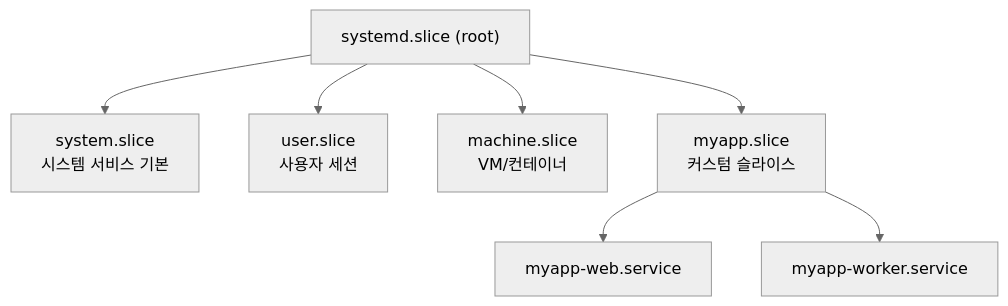
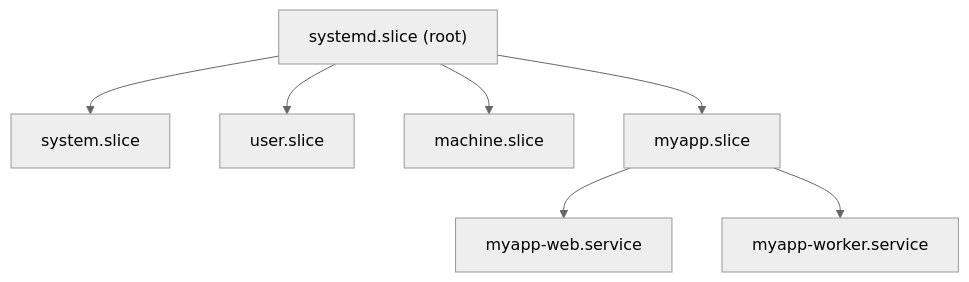
Before and after one commit to moonblueblue/devops-wiki: the second of 3 diagrams in content/linux/boot-init/systemd.md, drawn with Mermaid (neutral theme). The commit also changed 2 other files, not shown here.

Commit message:
style: 섹션2 부팅과 시스템 초기화 노드 레이블 간소화
- boot-process: Secure Boot 키 계층·부팅 타겟 \n 제거, 상세 설명 표 분리
- systemd: Slice 계층 노드 \n 제거
- kernel-parameters: TCP 큐·파일 디스크립터 \n 간소화,
  /sys 경로 12노드 다이어그램 → 표 전환

````diff
--- a/content/linux/boot-init/systemd.md
+++ b/content/linux/boot-init/systemd.md
@@ -244,10 +244,10 @@
 ```mermaid
 graph TD
     ROOT["systemd.slice (root)"]
-    ROOT --> SYS["system.slice\n시스템 서비스 기본"]
-    ROOT --> USR["user.slice\n사용자 세션"]
-    ROOT --> MACH["machine.slice\nVM/컨테이너"]
-    ROOT --> MYAPP["myapp.slice\n커스텀 슬라이스"]
+    ROOT --> SYS["system.slice"]
+    ROOT --> USR["user.slice"]
+    ROOT --> MACH["machine.slice"]
+    ROOT --> MYAPP["myapp.slice"]
     MYAPP --> WEB["myapp-web.service"]
     MYAPP --> WORKER["myapp-worker.service"]
 ```
````
